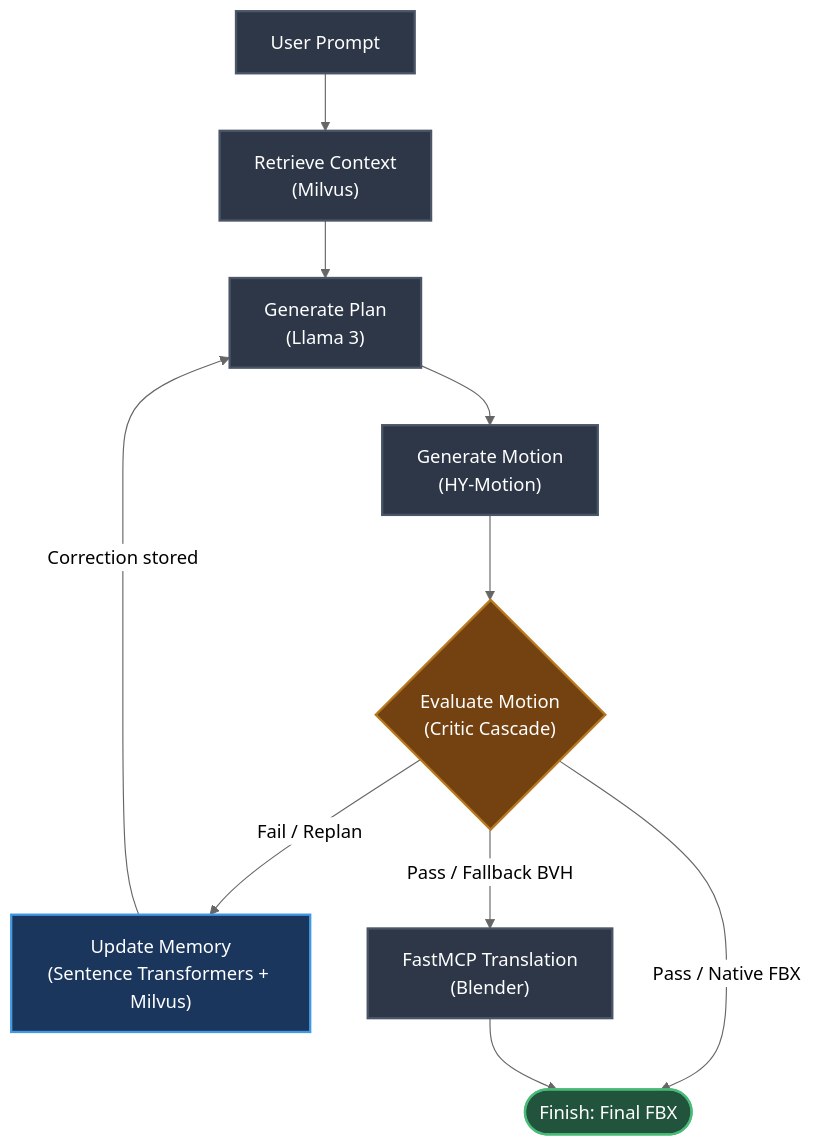
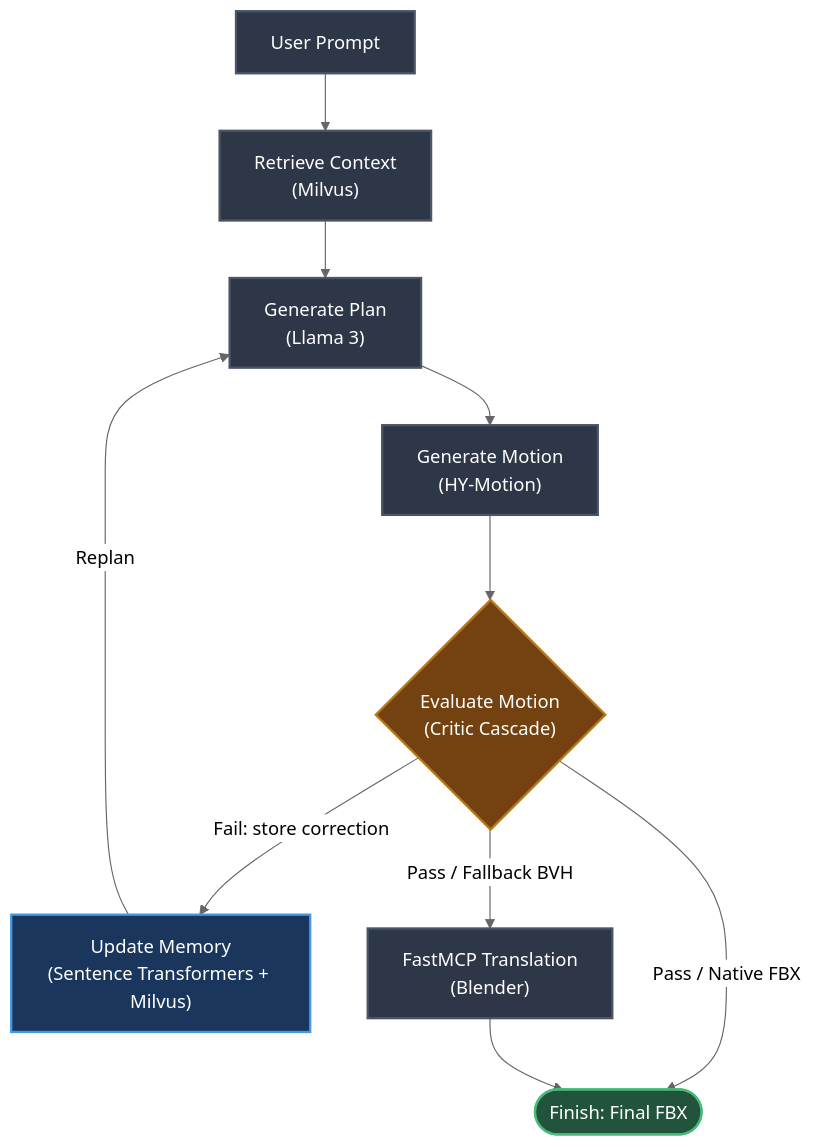
Before and after one commit to barlim3/GenAnimPipeline: the diagram in README.md, drawn with Mermaid (neutral theme). The commit also changed 2 other files, not shown here.

Commit message:
Upgrade Milvus to hybrid multi-tenant architecture
init_milvus.py:
- Drop and recreate collection on every run for a clean schema migration
- Add 'style' VARCHAR field (max 100) for fine-grained metadata filtering
- Create three physical partitions: ProjectA, ProjectB, Global_Rules
- Re-apply IVF_FLAT index (L2, nlist=1024) after collection creation

graph.py — update_memory_node:
- Add current_project and motion_style placeholder vars for partition routing
- Update insert call to [[embedding], [feedback], [motion_style]] to match
  new schema; add partition_name=current_project argument

graph.py — retrieve_context_node:
- Add active_project and requested_style placeholder vars
- Encode prompt with all-MiniLM-L6-v2 to produce a query vector
- Replace load-only logic with collection.search() using partition_names
  and expr style filter; extract 'text' field from results into
  historical_context

README.md:
- Fix Mermaid edge labels: "Fail: store correction" on evaluate→update_memory,
  "Replan" on update_memory→generate_plan to correctly show where storing occurs

````diff
--- a/README.md
+++ b/README.md
@@ -25,36 +25,36 @@
 ```mermaid
 graph TD
     %% Define Nodes
     A[User Prompt]
     B["Retrieve Context<br>(Milvus)"]
     C["Generate Plan<br>(Llama 3)"]
     D["Generate Motion<br>(HY-Motion)"]
     E{"Evaluate Motion<br>(Critic Cascade)"}
     H["Update Memory<br>(Sentence Transformers + Milvus)"]
     F["FastMCP Translation<br>(Blender)"]
     G(["Finish: Final FBX"])
 
     %% Define Flow
     A --> B
     B --> C
     C --> D
     D --> E
 
     %% Routing Logic
-    E -- "Fail / Replan" --> H
-    H -- "Correction stored" --> C
+    E -- "Fail: store correction" --> H
+    H -- "Replan" --> C
     E -- "Pass / Native FBX" --> G
     E -- "Pass / Fallback BVH" --> F
 
     F --> G
 
     %% Styling
     classDef default fill:#2D3748,stroke:#4A5568,stroke-width:2px,color:#fff;
     classDef decision fill:#744210,stroke:#B7791F,stroke-width:2px,color:#fff;
     classDef endpoint fill:#22543D,stroke:#48BB78,stroke-width:2px,color:#fff;
     classDef memory fill:#1A365D,stroke:#4299E1,stroke-width:2px,color:#fff;
 
     class E decision;
     class G endpoint;
     class H memory;
 ```
````
